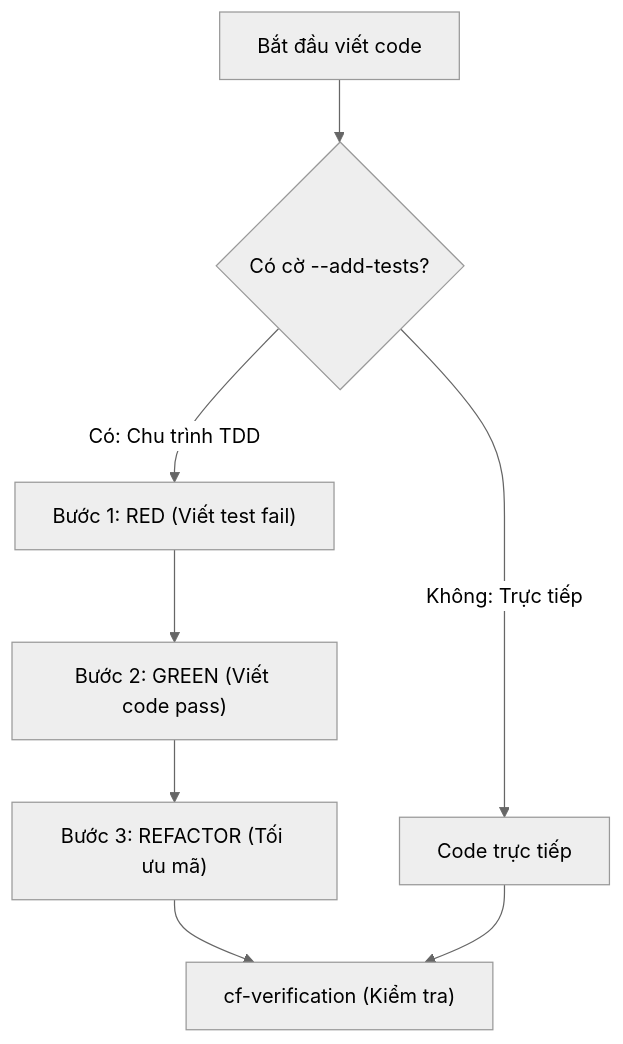
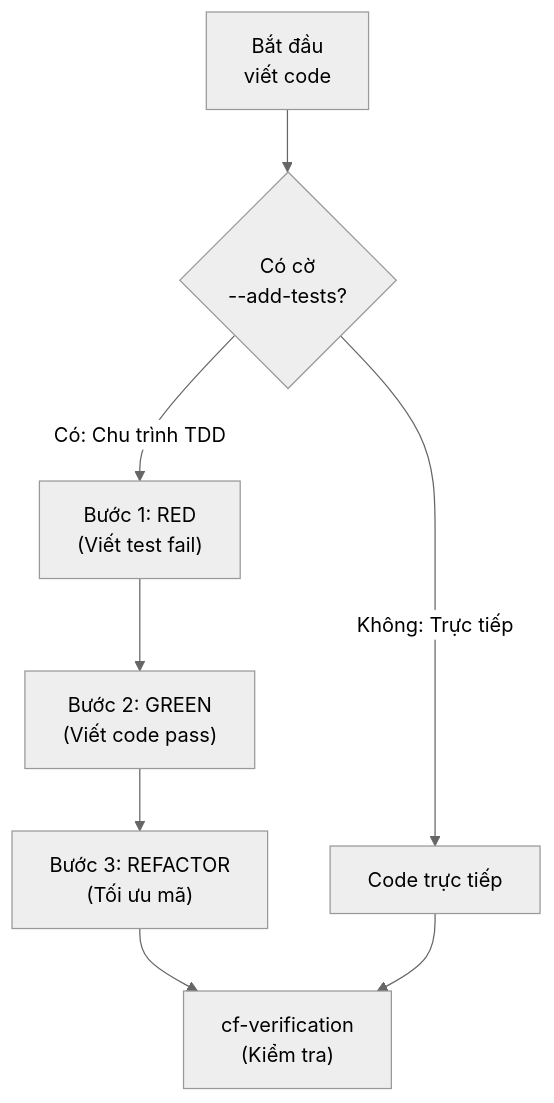
Before and after one commit to nguyengoctin/my_website: the fourth of 6 diagrams in content/posts/toan-tap-coding-friend-ai-engineering.md, drawn with Mermaid (neutral theme). The commit also changed other lines of this file and 3 other files, not shown here.

````diff
--- a/content/posts/toan-tap-coding-friend-ai-engineering.md
+++ b/content/posts/toan-tap-coding-friend-ai-engineering.md
@@ -132,17 +132,17 @@
 ```mermaid
 flowchart TD
-    StartDev["`Bắt đầu viết code`"]
-    CheckTest{"`Có cờ --add-tests?`"}
-    Red["`Bước 1: RED (Viết test fail)`"]
-    Green["`Bước 2: GREEN (Viết code pass)`"]
-    Refactor["`Bước 3: REFACTOR (Tối ưu mã)`"]
+    StartDev["`Bắt đầu<br/>viết code`"]
+    CheckTest{"`Có cờ<br/>--add-tests?`"}
+    Red["`Bước 1: RED<br/>(Viết test fail)`"]
+    Green["`Bước 2: GREEN<br/>(Viết code pass)`"]
+    Refactor["`Bước 3: REFACTOR<br/>(Tối ưu mã)`"]
     Direct["`Code trực tiếp`"]
-    Verify["`cf-verification (Kiểm tra)`"]
+    Verify["`cf-verification<br/>(Kiểm tra)`"]
     StartDev --> CheckTest
     CheckTest -->|Có: Chu trình TDD| Red
     Red --> Green
     Green --> Refactor
     CheckTest -->|Không: Trực tiếp| Direct
     Refactor --> Verify
     Direct --> Verify
 ```
````
